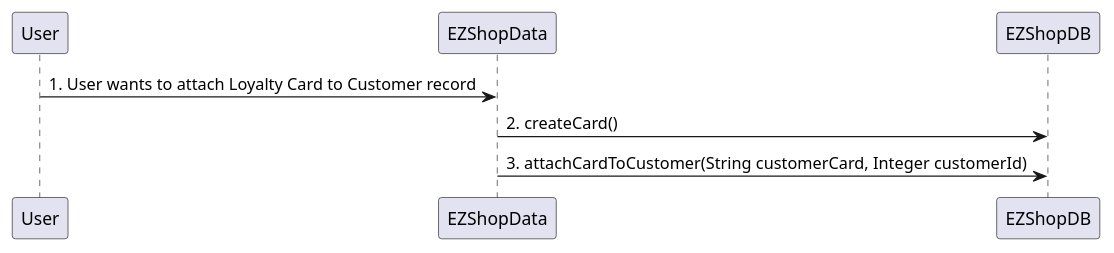
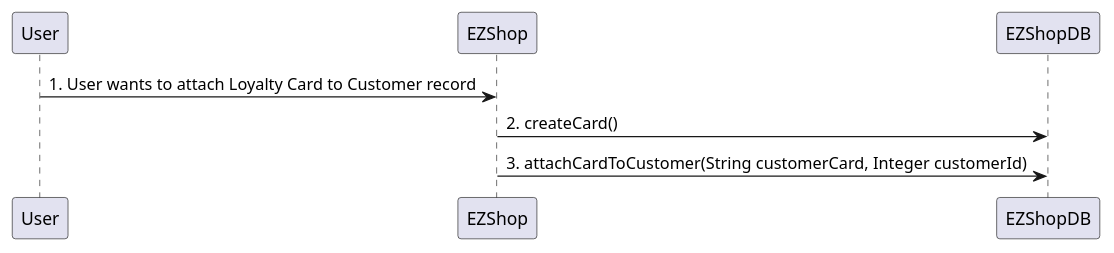
Diagram 13 of 31 in Deliverables/DesignDocument.md (djemar/softeng_ezshop), drawn with PlantUML before and after one commit. The commit also changed other lines of this file, not shown here.

````diff
--- a/Deliverables/DesignDocument.md
+++ b/Deliverables/DesignDocument.md
@@ -364,6 +376,6 @@
 ```plantuml
-"User" -> "EZShopData" : 1. User wants to attach Loyalty Card to Customer record
-"EZShopData" -> "EZShopDB" : 2. createCard()
-"EZShopData" -> "EZShopDB" : 3. attachCardToCustomer(String customerCard, Integer customerId)
+"User" -> "EZShop" : 1. User wants to attach Loyalty Card to Customer record
+"EZShop" -> "EZShopDB" : 2. createCard()
+"EZShop" -> "EZShopDB" : 3. attachCardToCustomer(String customerCard, Integer customerId)
 
 ```
````
